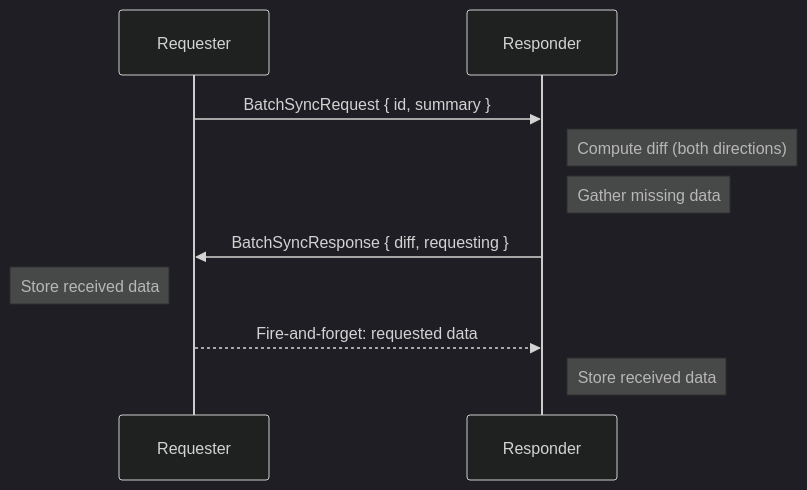
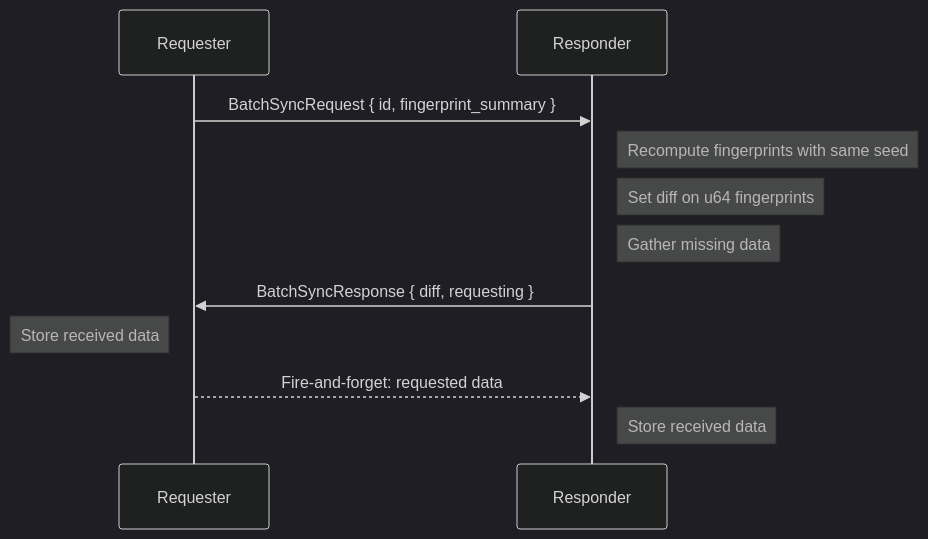
Before and after one commit to inkandswitch/subduction: the first of 3 diagrams in design/sync/batch.md, drawn with Mermaid (dark theme). The commit also changed other lines of this file and 56 other files, not shown here.

Commit message:
Fingerprint-based Sync (#35)

````diff
--- a/design/sync/batch.md
+++ b/design/sync/batch.md
@@ -16,15 +16,16 @@
 ```mermaid
 sequenceDiagram
     participant A as Requester
     participant B as Responder
 
-    A->>B: BatchSyncRequest { id, summary }
-    Note right of B: Compute diff (both directions)
+    A->>B: BatchSyncRequest { id, fingerprint_summary }
+    Note right of B: Recompute fingerprints with same seed
+    Note right of B: Set diff on u64 fingerprints
     Note right of B: Gather missing data
 
     B->>A: BatchSyncResponse { diff, requesting }
     Note left of A: Store received data
 
     A-->>B: Fire-and-forget: requested data
     Note right of B: Store received data
 ```
````
